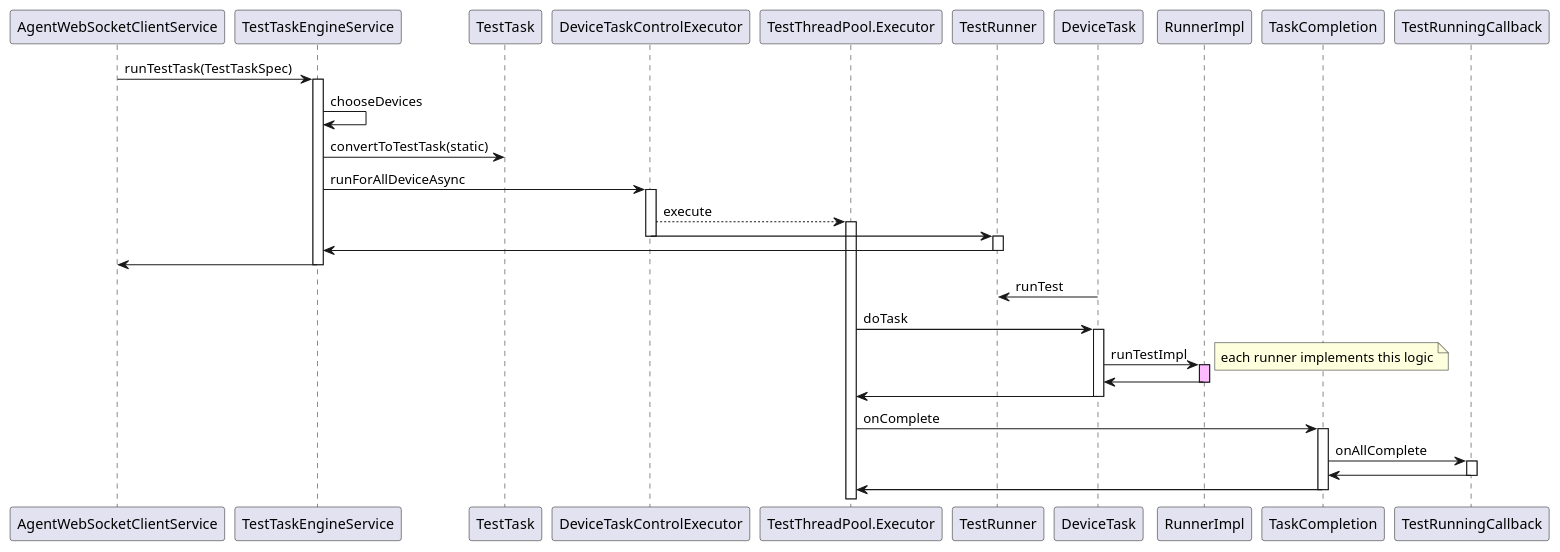
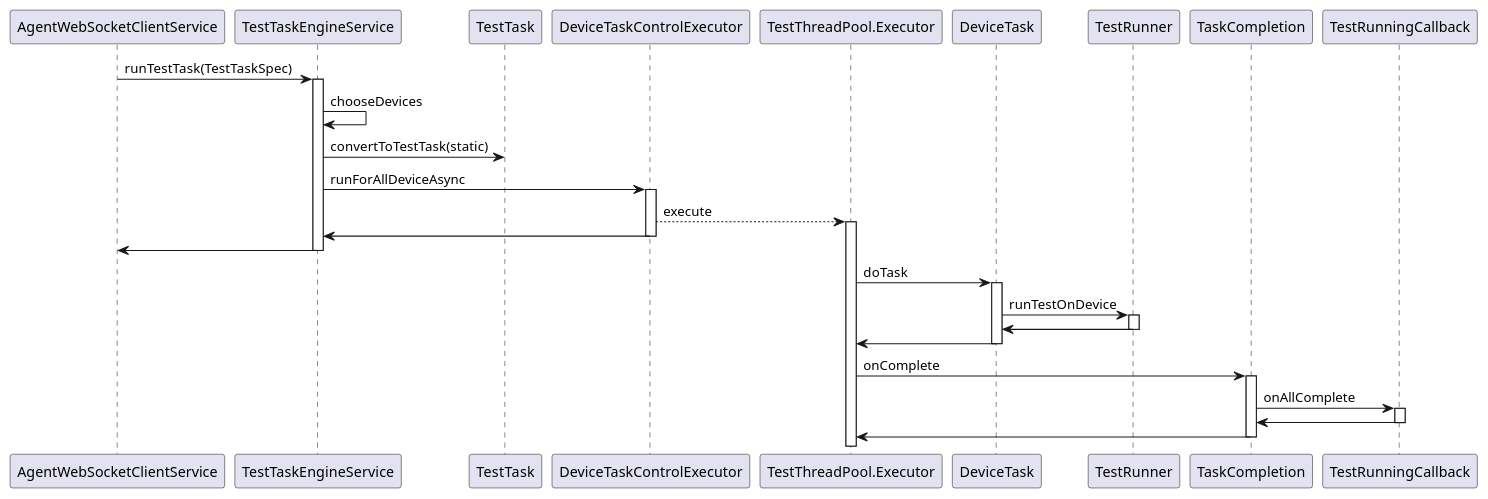
The second of 7 diagrams in agent/doc/UML/test_runner_design.puml (microsoft/HydraLab), drawn with PlantUML before and after one commit. The commit also changed other lines of this file and 1 other file, not shown here.

Commit message:
Correct the runner uml

```diff
--- a/agent/doc/UML/test_runner_design.puml
+++ b/agent/doc/UML/test_runner_design.puml
@@ -82,57 +23,43 @@
 @startuml running_sequence
 AgentWebSocketClientService -> TestTaskEngineService :runTestTask(TestTaskSpec)
 activate TestTaskEngineService
 TestTaskEngineService -> TestTaskEngineService: chooseDevices
 TestTaskEngineService -> TestTask: convertToTestTask(static)
 
 TestTaskEngineService -> DeviceTaskControlExecutor: runForAllDeviceAsync
 activate DeviceTaskControlExecutor
 
 
 
-
-
-
-
 DeviceTaskControlExecutor --> TestThreadPool.Executor: execute
 activate TestThreadPool.Executor
 
-DeviceTaskControlExecutor -> TestRunner
-
+DeviceTaskControlExecutor -> TestTaskEngineService
 deactivate DeviceTaskControlExecutor
-activate TestRunner
-TestRunner -> TestTaskEngineService
-deactivate TestRunner
 
 TestTaskEngineService -> AgentWebSocketClientService
 deactivate TestTaskEngineService
 
 participant DeviceTask
-DeviceTask -> TestRunner: runTest
-
 TestThreadPool.Executor -> DeviceTask: doTask
 activate DeviceTask
-
-DeviceTask -> RunnerImpl : runTestImpl
-activate RunnerImpl #FFBBFF
-note right: each runner implements this logic
-RunnerImpl -> DeviceTask
-deactivate RunnerImpl
-
-
+DeviceTask -> TestRunner: runTestOnDevice
+activate TestRunner
+TestRunner -> DeviceTask
+deactivate TestRunner
 DeviceTask -> TestThreadPool.Executor
 deactivate DeviceTask
 
 TestThreadPool.Executor -> TaskCompletion: onComplete
 activate TaskCompletion
 
 TaskCompletion -> TestRunningCallback: onAllComplete
 activate TestRunningCallback
 
 TestRunningCallback -> TaskCompletion
 deactivate TestRunningCallback
 
 TaskCompletion -> TestThreadPool.Executor
 deactivate TaskCompletion
 
 @enduml
```
